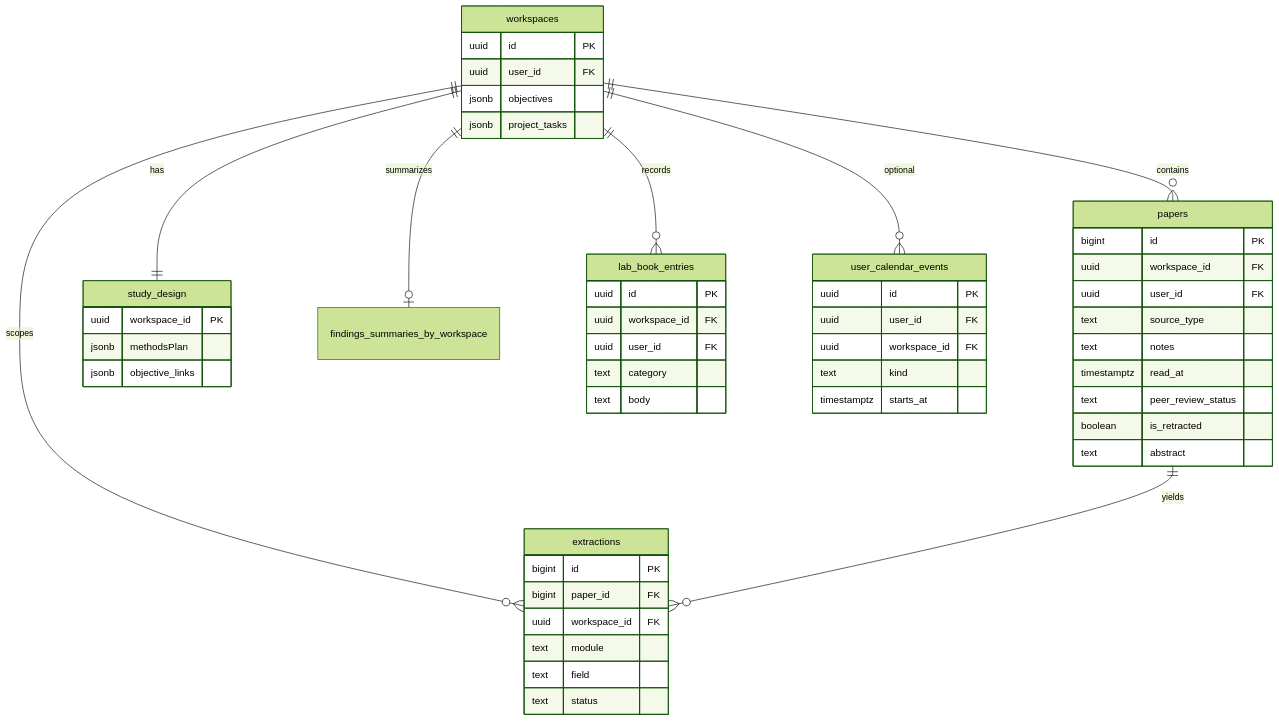
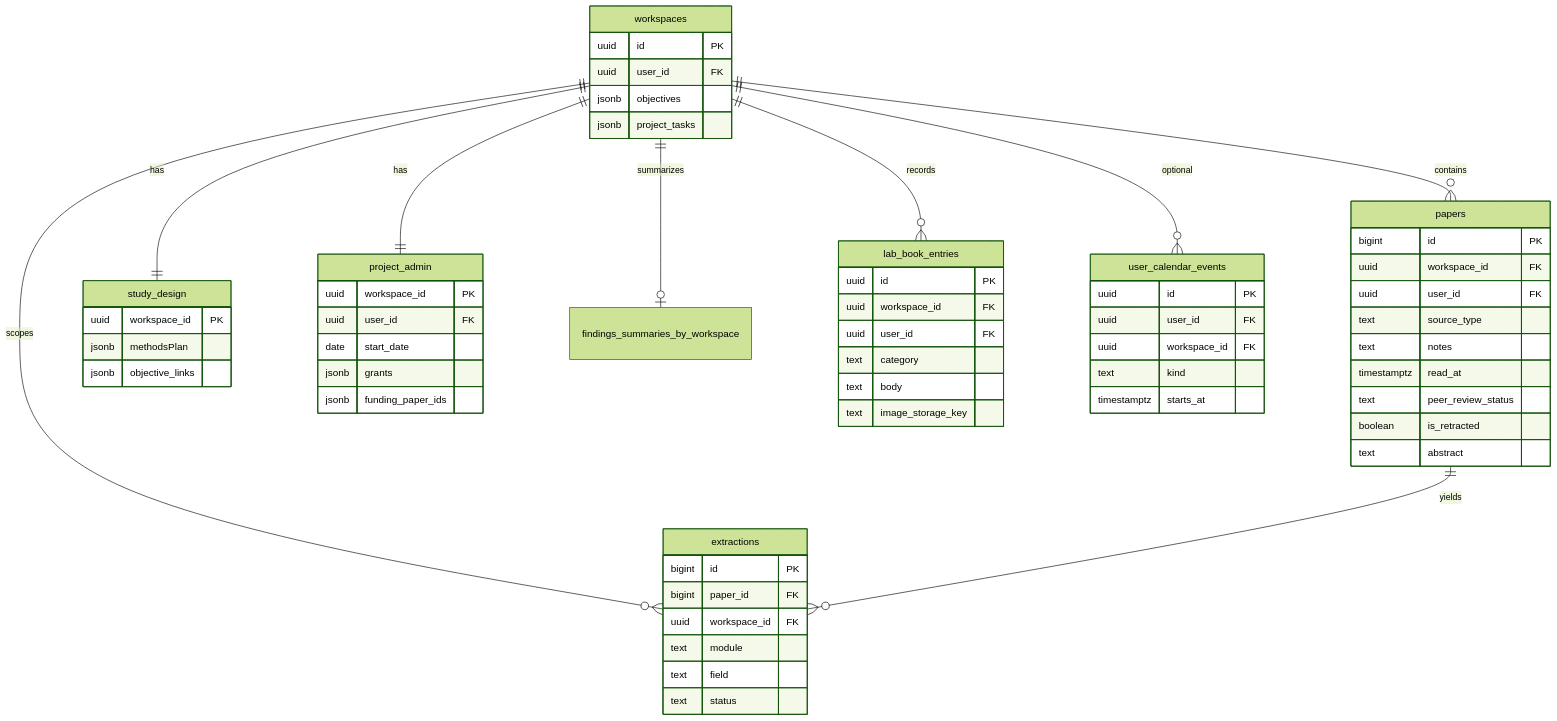
Before and after one commit to CarlienRust/steve-peggy: the diagram in docs/DATABASE.md, drawn with Mermaid (forest theme). The commit also changed other lines of this file and 39 other files, not shown here.

````diff
--- a/docs/DATABASE.md
+++ b/docs/DATABASE.md
@@ -94,54 +94,63 @@
 ```mermaid
 erDiagram
   workspaces ||--o{ papers : contains
   workspaces ||--|| study_design : has
+  workspaces ||--|| project_admin : has
   workspaces ||--o{ extractions : scopes
   workspaces ||--o| findings_summaries_by_workspace : summarizes
   workspaces ||--o{ lab_book_entries : records
   workspaces ||--o{ user_calendar_events : optional
   papers ||--o{ extractions : yields
   workspaces {
     uuid id PK
     uuid user_id FK
     jsonb objectives
     jsonb project_tasks
   }
   papers {
     bigint id PK
     uuid workspace_id FK
     uuid user_id FK
     text source_type
     text notes
     timestamptz read_at
     text peer_review_status
     boolean is_retracted
     text abstract
   }
   user_calendar_events {
     uuid id PK
     uuid user_id FK
     uuid workspace_id FK
     text kind
     timestamptz starts_at
   }
   lab_book_entries {
     uuid id PK
     uuid workspace_id FK
     uuid user_id FK
     text category
     text body
+    text image_storage_key
   }
   extractions {
     bigint id PK
     bigint paper_id FK
     uuid workspace_id FK
     text module
     text field
     text status
   }
   study_design {
     uuid workspace_id PK
     jsonb methodsPlan
     jsonb objective_links
   }
+  project_admin {
+    uuid workspace_id PK
+    uuid user_id FK
+    date start_date
+    jsonb grants
+    jsonb funding_paper_ids
+  }
 ```
````
